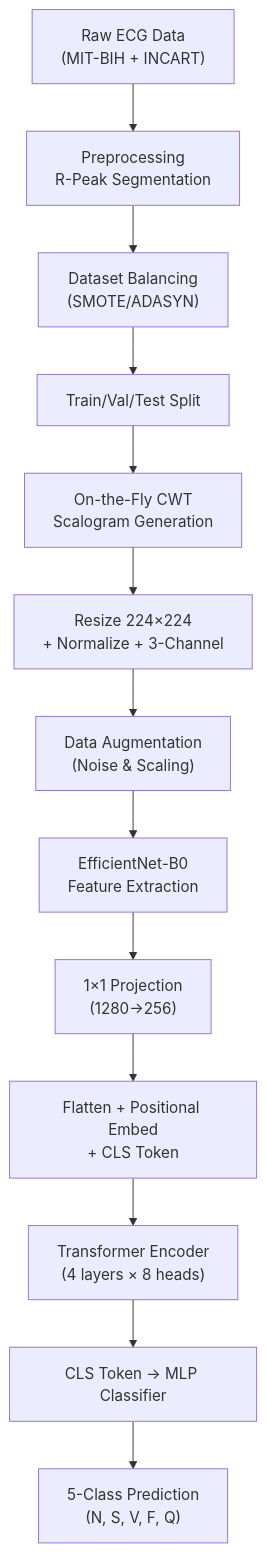
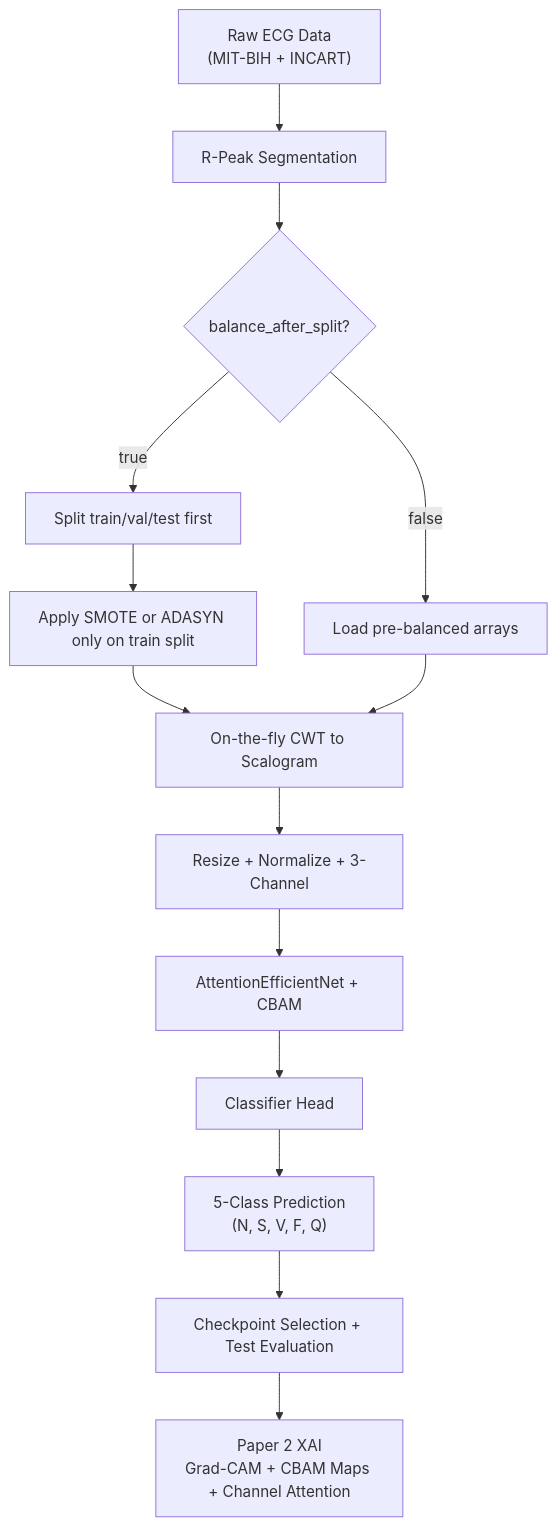
The third of 3 diagrams in EFFICIENTNET_TRANSFORMER_PAPER2_STUDY_GUIDE.md (HardikNegi9/Guide), drawn with Mermaid before and after one commit. The commit also changed other lines of this file and 6 other files, not shown here.

````diff
--- a/EFFICIENTNET_TRANSFORMER_PAPER2_STUDY_GUIDE.md
+++ b/EFFICIENTNET_TRANSFORMER_PAPER2_STUDY_GUIDE.md
@@ -291,15 +303,16 @@
 ```mermaid
 flowchart TD
-    A["Raw ECG Data<br/>(MIT-BIH + INCART)"] --> B["Preprocessing<br/>R-Peak Segmentation"]
-    B --> C["Dataset Balancing<br/>(SMOTE/ADASYN)"]
-    C --> D["Train/Val/Test Split"]
-    D --> E["On-the-Fly CWT<br/>Scalogram Generation"]
-    E --> F["Resize 224×224<br/>+ Normalize + 3-Channel"]
-    F --> G["Data Augmentation<br/>(Noise & Scaling)"]
-    G --> H["EfficientNet-B0<br/>Feature Extraction"]
-    H --> I["1×1 Projection<br/>(1280→256)"]
-    I --> J["Flatten + Positional Embed<br/>+ CLS Token"]
-    J --> K["Transformer Encoder<br/>(4 layers × 8 heads)"]
-    K --> L["CLS Token → MLP Classifier"]
-    L --> M["5-Class Prediction<br/>(N, S, V, F, Q)"]
+    A["Raw ECG Data<br/>(MIT-BIH + INCART)"] --> B["R-Peak Segmentation"]
+    B --> C{"balance_after_split?"}
+    C -->|true| D["Split train/val/test first"]
+    C -->|false| E["Load pre-balanced arrays"]
+    D --> F["Apply SMOTE or ADASYN only on train split"]
+    F --> G["On-the-fly CWT to Scalogram"]
+    E --> G
+    G --> H["Resize + Normalize + 3-Channel"]
+    H --> I["AttentionEfficientNet + CBAM"]
+    I --> J["Classifier Head"]
+    J --> K["5-Class Prediction<br/>(N, S, V, F, Q)"]
+    K --> L["Checkpoint Selection + Test Evaluation"]
+    L --> M["Paper 2 XAI<br/>Grad-CAM + CBAM Maps + Channel Attention"]
 ```
````
